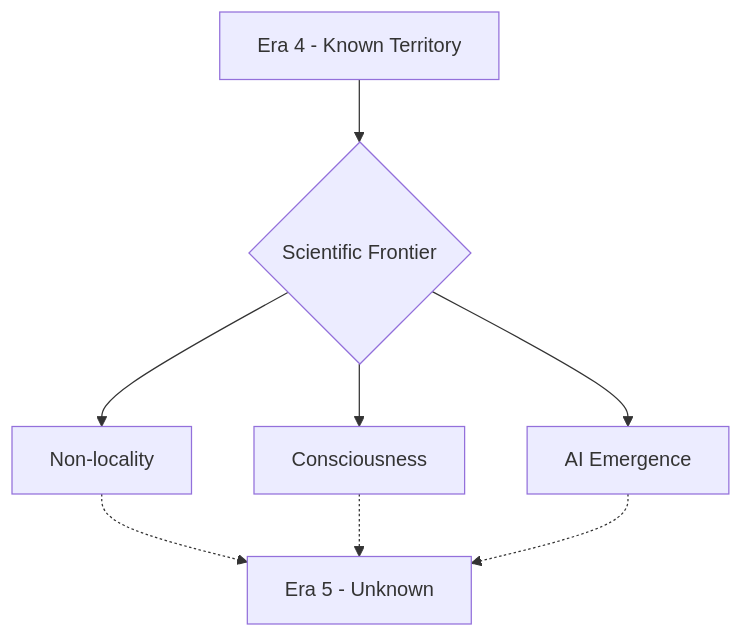
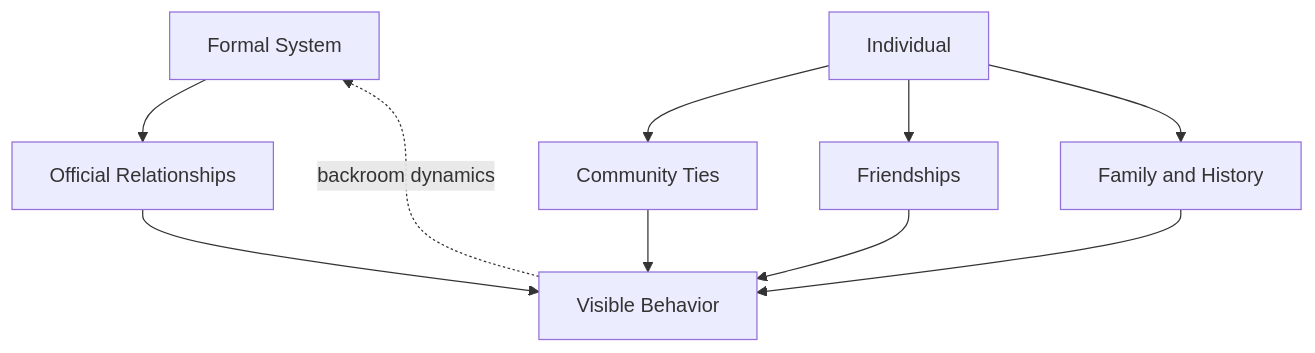
The seventh of 7 diagrams in src/articles/systems_science_eras-article.md (kurtrowley/isrd-site), drawn with Mermaid before and after one commit. The commit also changed other lines of this file, not shown here.

Commit message:
Article: Era 4 adds networked complexity, Era 5 expands on entanglement in human systems + backroom phenomenon + ISRD simulation intent

````diff
--- a/src/articles/systems_science_eras-article.md
+++ b/src/articles/systems_science_eras-article.md
@@ -187,10 +193,10 @@
 ```mermaid
 graph TD
-  E4[Era 4 - Known Territory] --> F{Scientific Frontier}
-  F --> NL[Non-locality]
-  F --> CS[Consciousness]
-  F --> AE[AI Emergence]
-  NL -.-> E5[Era 5 - Unknown]
-  CS -.-> E5
-  AE -.-> E5
+  F[Formal System] --> OF[Official Relationships]
+  OF --> B[Visible Behavior]
+  I[Individual] --> C[Community Ties]
+  I --> FR[Friendships]
+  I --> FH[Family and History]
+  C & FR & FH --> B
+  B -.->|backroom dynamics| F
 ```
````
